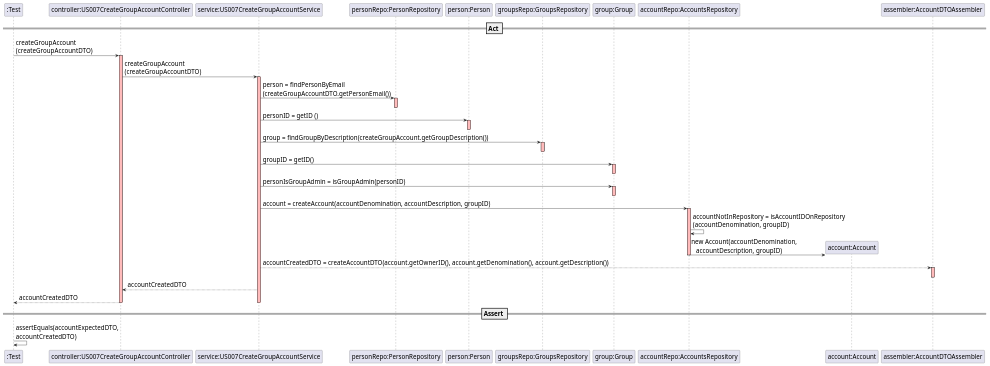
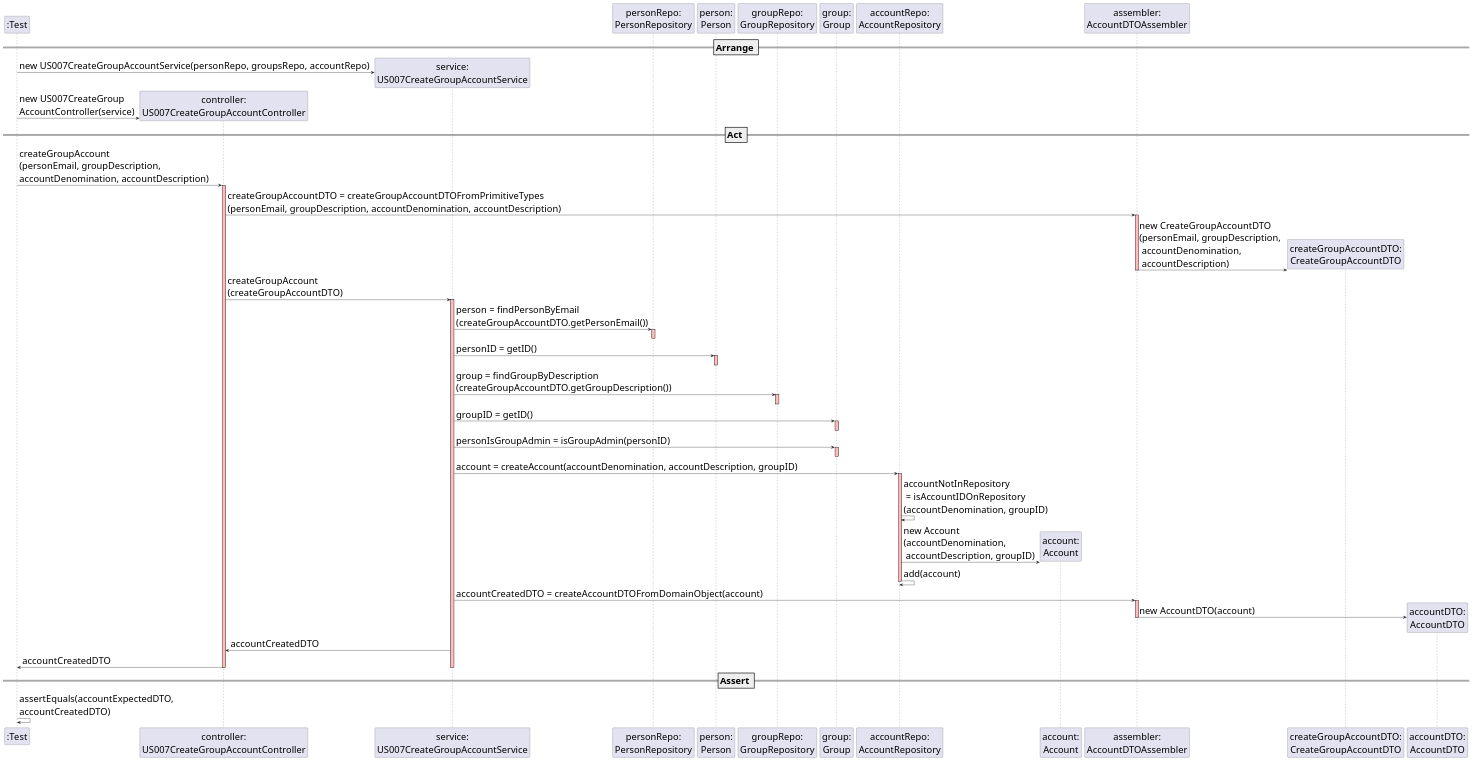
One commit to mleitaoribeiro/DevOpsMaven changed the diagram in src/main/java/switch2019/project/controllerLayer/US007CreateGroupAccountSD.puml. Above: the diagram before and after it, drawn with PlantUML.

Commit message:
ref #653 update sequence Diagram US007

```diff
--- a/src/main/java/switch2019/project/controllerLayer/US007CreateGroupAccountSD.puml
+++ b/src/main/java/switch2019/project/controllerLayer/US007CreateGroupAccountSD.puml
@@ -1,68 +1,82 @@
 @startuml
-skinparam DefaultFontSize 20
+skinparam DefaultFontSize 30
 
 participant ":Test"
-participant "controller:US007CreateGroupAccountController"
-participant "service:US007CreateGroupAccountService"
-participant "personRepo:PersonRepository"
-participant "person:Person"
-participant "groupsRepo:GroupsRepository"
-participant "group:Group"
-participant "accountRepo:AccountsRepository"
-participant "account:Account"
-participant "assembler:AccountDTOAssembler"
+
+== Arrange ==
+create "service:\nUS007CreateGroupAccountService"
+":Test" -> "service:\nUS007CreateGroupAccountService" : new US007CreateGroupAccountService(personRepo, groupsRepo, accountRepo)
+
+create "controller:\nUS007CreateGroupAccountController"
+":Test" -> "controller:\nUS007CreateGroupAccountController" : new US007CreateGroup\nAccountController(service)
+
+participant "service:\nUS007CreateGroupAccountService"
+participant "personRepo:\nPersonRepository"
+participant "person:\nPerson"
+participant "groupRepo:\nGroupRepository"
+participant "group:\nGroup"
+participant "accountRepo:\nAccountRepository"
+participant "account:\nAccount"
+participant "assembler:\nAccountDTOAssembler"
 
 == Act ==
 
-":Test" -> "controller:US007CreateGroupAccountController" : createGroupAccount\n(createGroupAccountDTO)
-activate "controller:US007CreateGroupAccountController"  #FFBBBB
 
-"controller:US007CreateGroupAccountController" -> "service:US007CreateGroupAccountService" : createGroupAccount\n(createGroupAccountDTO)
-activate "service:US007CreateGroupAccountService"  #FFBBBB
+":Test" -> "controller:\nUS007CreateGroupAccountController" : createGroupAccount\n(personEmail, groupDescription, \naccountDenomination, accountDescription)
+activate "controller:\nUS007CreateGroupAccountController"  #FFBBBB
 
-"service:US007CreateGroupAccountService" -> "personRepo:PersonRepository" : person = findPersonByEmail\n(createGroupAccountDTO.getPersonEmail())
-activate "personRepo:PersonRepository"  #FFBBBB
-deactivate "personRepo:PersonRepository"  #FFBBBB
+"controller:\nUS007CreateGroupAccountController" -> "assembler:\nAccountDTOAssembler": createGroupAccountDTO = createGroupAccountDTOFromPrimitiveTypes\n(personEmail, groupDescription, accountDenomination, accountDescription)
+activate "assembler:\nAccountDTOAssembler"  #FFBBBB
 
-"service:US007CreateGroupAccountService" -> "person:Person" : personID = getID ()
-activate "person:Person"  #FFBBBB
-deactivate "person:Person"  #FFBBBB
+create "createGroupAccountDTO:\nCreateGroupAccountDTO"
+"assembler:\nAccountDTOAssembler" -> "createGroupAccountDTO:\nCreateGroupAccountDTO": new CreateGroupAccountDTO\n(personEmail, groupDescription,\n accountDenomination,\n accountDescription)
+deactivate "assembler:\nAccountDTOAssembler"
 
-"service:US007CreateGroupAccountService" -> "groupsRepo:GroupsRepository" : group = findGroupByDescription(createGroupAccount.getGroupDescription())
-activate "groupsRepo:GroupsRepository"  #FFBBBB
-deactivate "groupsRepo:GroupsRepository"  #FFBBBB
+"controller:\nUS007CreateGroupAccountController" -> "service:\nUS007CreateGroupAccountService" : createGroupAccount\n(createGroupAccountDTO)
+activate "service:\nUS007CreateGroupAccountService"  #FFBBBB
 
-"service:US007CreateGroupAccountService" -> "group:Group" : groupID = getID()
-activate "group:Group" #FFBBBB
-deactivate "group:Group"
+"service:\nUS007CreateGroupAccountService" -> "personRepo:\nPersonRepository" : person = findPersonByEmail\n(createGroupAccountDTO.getPersonEmail())
+activate "personRepo:\nPersonRepository"  #FFBBBB
+deactivate "personRepo:\nPersonRepository"  #FFBBBB
 
-"service:US007CreateGroupAccountService" -> "group:Group" : personIsGroupAdmin = isGroupAdmin(personID)
-activate "group:Group" #FFBBBB
-deactivate "group:Group"
+"service:\nUS007CreateGroupAccountService" -> "person:\nPerson" : personID = getID()
+activate "person:\nPerson"  #FFBBBB
+deactivate "person:\nPerson"  #FFBBBB
 
-"service:US007CreateGroupAccountService" -> "accountRepo:AccountsRepository" : account = createAccount(accountDenomination, accountDescription, groupID)
-activate "accountRepo:AccountsRepository" #FFBBBB
-"accountRepo:AccountsRepository" -> "accountRepo:AccountsRepository" : accountNotInRepository = isAccountIDOnRepository\n(accountDenomination, groupID)
-create "account:Account"
-"accountRepo:AccountsRepository" -> "account:Account" : new Account(accountDenomination, \n   accountDescription, groupID)
-deactivate "accountRepo:AccountsRepository" #FFBBBB
+"service:\nUS007CreateGroupAccountService" -> "groupRepo:\nGroupRepository" : group = findGroupByDescription\n(createGroupAccountDTO.getGroupDescription())
+activate "groupRepo:\nGroupRepository"  #FFBBBB
+deactivate "groupRepo:\nGroupRepository"  #FFBBBB
 
-"service:US007CreateGroupAccountService"--> "assembler:AccountDTOAssembler":accountCreatedDTO = createAccountDTO(account.getOwnerID(), account.getDenomination(), account.getDescription())
-activate "assembler:AccountDTOAssembler" #FFBBBB
-deactivate "assembler:AccountDTOAssembler"
+"service:\nUS007CreateGroupAccountService" -> "group:\nGroup" : groupID = getID()
+activate "group:\nGroup" #FFBBBB
+deactivate "group:\nGroup"
 
-"service:US007CreateGroupAccountService"--> "controller:US007CreateGroupAccountController": accountCreatedDTO
-"controller:US007CreateGroupAccountController" --> ":Test": accountCreatedDTO
+"service:\nUS007CreateGroupAccountService" -> "group:\nGroup" : personIsGroupAdmin = isGroupAdmin(personID)
+activate "group:\nGroup" #FFBBBB
+deactivate "group:\nGroup"
 
-deactivate "accountRepo:AccountsRepository" #FFBBBB
-deactivate "group:Group" #FFBBBB
-deactivate "personRepo:PersonRepository" #FFBBBB
-deactivate "groupsRepo:GroupsRepository" #FFBBBB
-deactivate "service:US007CreateGroupAccountService"  #FFBBBB
-deactivate "controller:US007CreateGroupAccountController" #FFBBBB
+"service:\nUS007CreateGroupAccountService" -> "accountRepo:\nAccountRepository" : account = createAccount(accountDenomination, accountDescription, groupID)
+activate "accountRepo:\nAccountRepository" #FFBBBB
+"accountRepo:\nAccountRepository" -> "accountRepo:\nAccountRepository" : accountNotInRepository\n = isAccountIDOnRepository\n(accountDenomination, groupID)
+create "account:\nAccount"
+"accountRepo:\nAccountRepository" -> "account:\nAccount" : new Account\n(accountDenomination,\n accountDescription, groupID)
+"accountRepo:\nAccountRepository" -> "accountRepo:\nAccountRepository" : add(account)
+deactivate "accountRepo:\nAccountRepository" #FFBBBB
+
+"service:\nUS007CreateGroupAccountService" -> "assembler:\nAccountDTOAssembler":accountCreatedDTO = createAccountDTOFromDomainObject(account)
+activate "assembler:\nAccountDTOAssembler" #FFBBBB
+create "accountDTO:\nAccountDTO"
+"assembler:\nAccountDTOAssembler" -> "accountDTO:\nAccountDTO": new AccountDTO(account)
+deactivate "assembler:\nAccountDTOAssembler"
+
+"service:\nUS007CreateGroupAccountService"-> "controller:\nUS007CreateGroupAccountController": accountCreatedDTO
+"controller:\nUS007CreateGroupAccountController" -> ":Test": accountCreatedDTO
+
+deactivate "service:\nUS007CreateGroupAccountService"
+deactivate "controller:\nUS007CreateGroupAccountController"
 
 == Assert ==
 
 ":Test" -> ":Test" : assertEquals(accountExpectedDTO,\naccountCreatedDTO)
 
 @enduml
```
